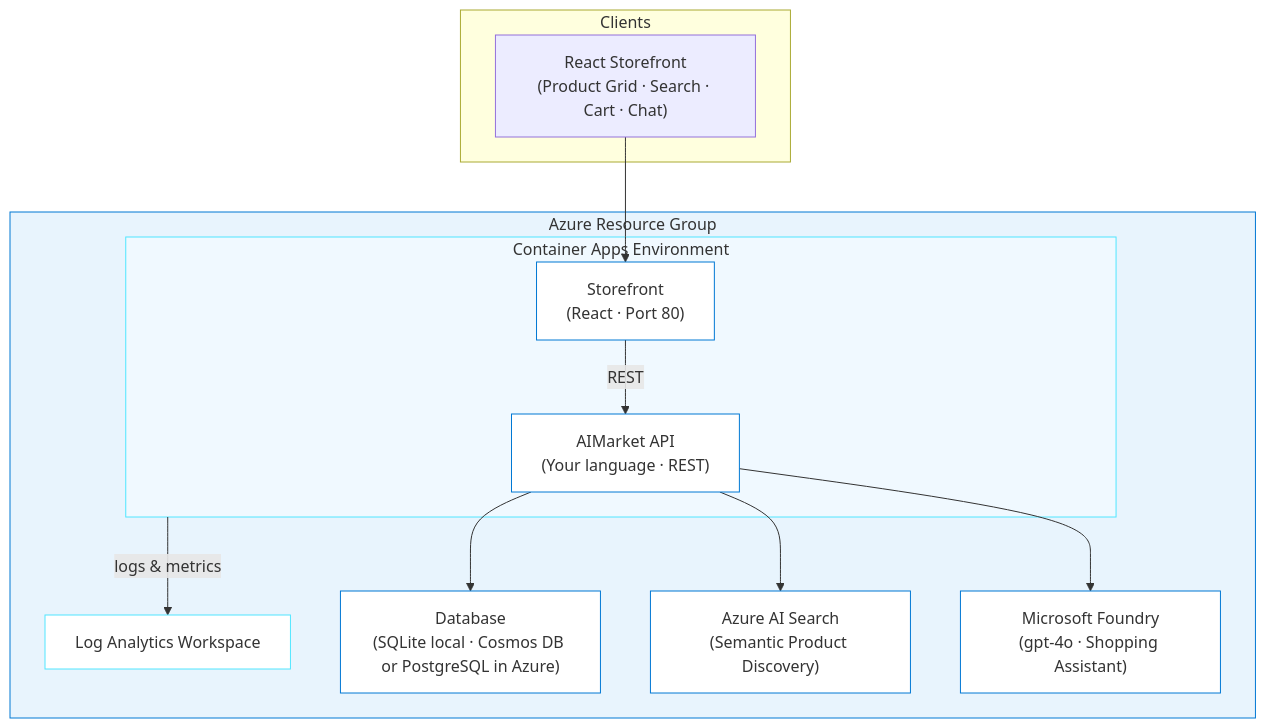
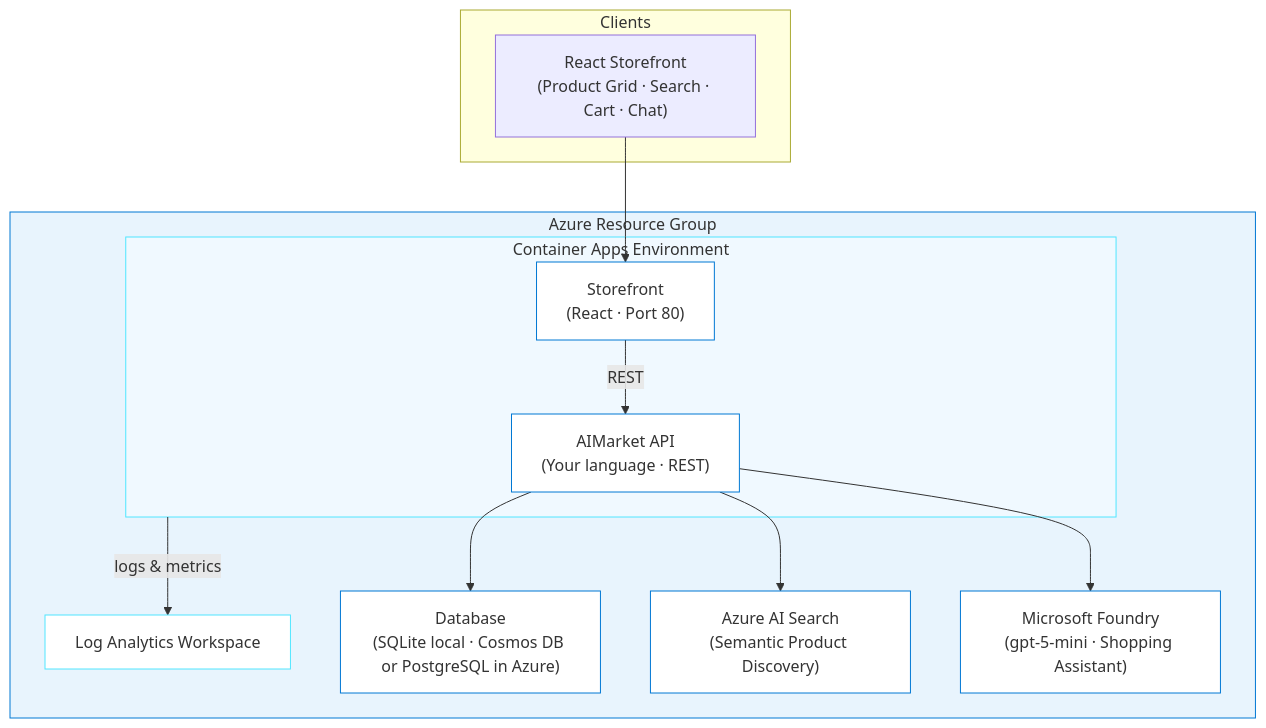
Before and after one commit to DanWahlin/github-azure-agentic-journeys: the diagram in journeys/aimarket/README.md, drawn with Mermaid. The commit also changed other lines of this file and 4 other files, not shown here.

````diff
--- a/journeys/aimarket/README.md
+++ b/journeys/aimarket/README.md
@@ -30,33 +30,33 @@
 ```mermaid
 graph TB
     subgraph Clients
         WEB["React Storefront<br/>(Product Grid · Search · Cart · Chat)"]
     end
 
     subgraph RG["Azure Resource Group"]
         LA["Log Analytics Workspace"]
         subgraph CAE["Container Apps Environment"]
             API["AIMarket API<br/>(Your language · REST)"]
             FRONTEND["Storefront<br/>(React · Port 80)"]
         end
         DB["Database<br/>(SQLite local · Cosmos DB or PostgreSQL in Azure)"]
         SEARCH["Azure AI Search<br/>(Semantic Product Discovery)"]
-        AOAI["Microsoft Foundry<br/>(gpt-4o · Shopping Assistant)"]
+        AOAI["Microsoft Foundry<br/>(gpt-5-mini · Shopping Assistant)"]
     end
 
     WEB --> FRONTEND
     FRONTEND -->|REST| API
     API --> DB
     API --> SEARCH
     API --> AOAI
     CAE -->|logs & metrics| LA
 
     style RG fill:#e8f4fd,stroke:#0078D4
     style CAE fill:#f0f9ff,stroke:#50e6ff
     style API fill:#fff,stroke:#0078D4
     style FRONTEND fill:#fff,stroke:#0078D4
     style DB fill:#fff,stroke:#0078D4
     style SEARCH fill:#fff,stroke:#0078D4
     style AOAI fill:#fff,stroke:#0078D4
     style LA fill:#fff,stroke:#50e6ff
 ```
````
